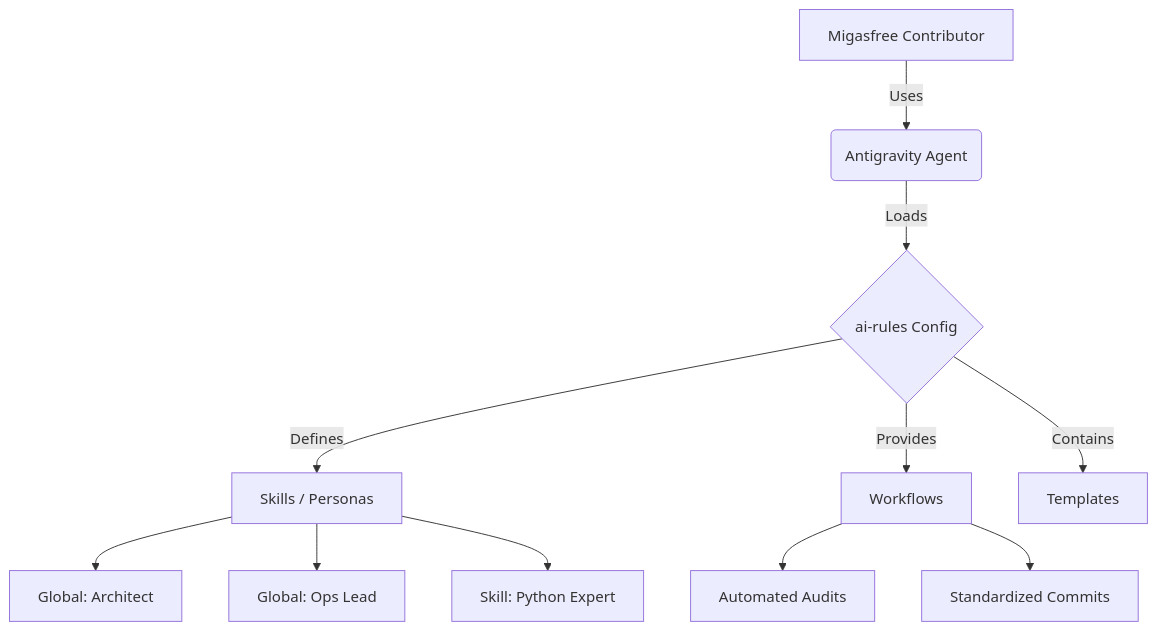
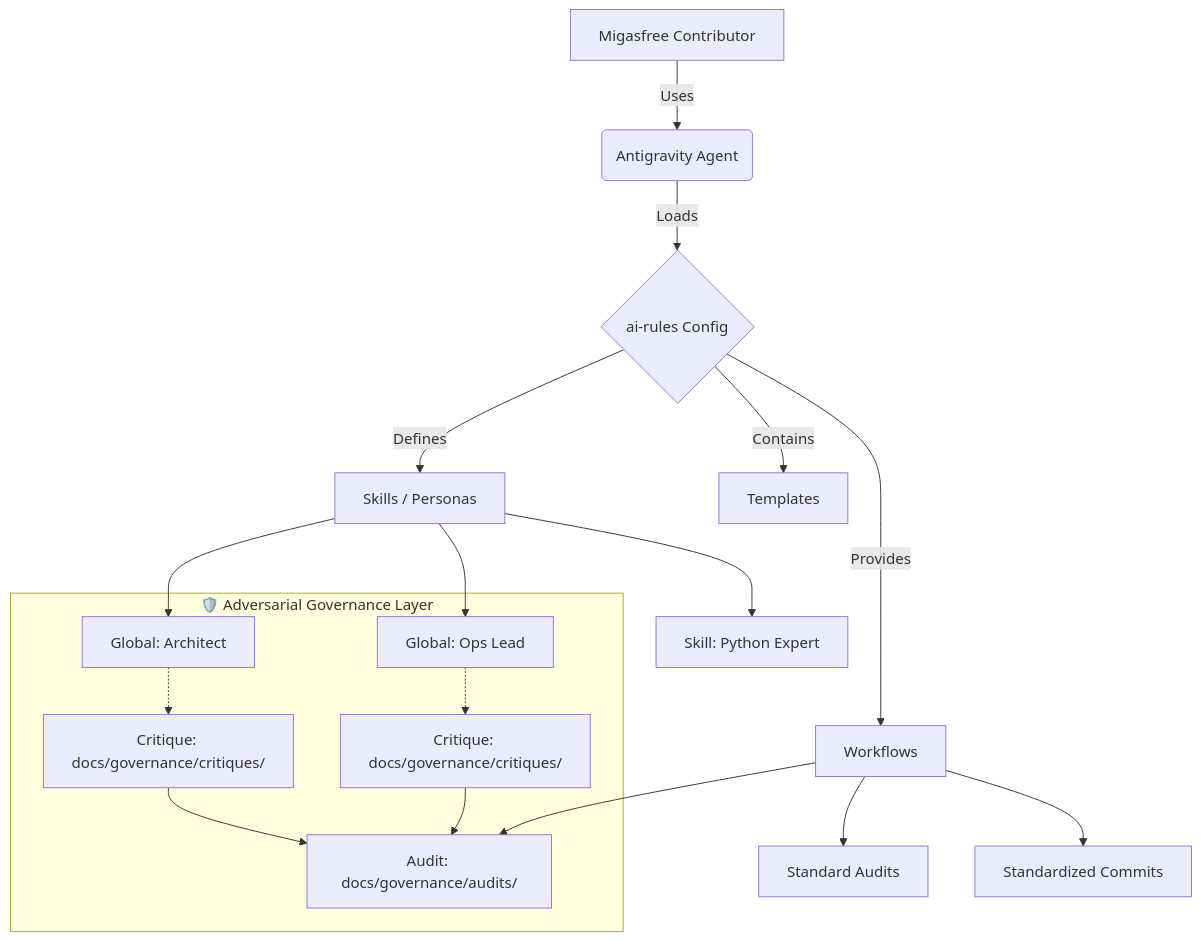
The second of 2 diagrams in README.md (migasfree/ai-rules), drawn with Mermaid before and after one commit. The commit also changed other lines of this file and 45 other files, not shown here.

Commit message:
release: v2.2.0 - synchronized ecosystem update with adversarial governance

````diff
--- a/README.md
+++ b/README.md
@@ -149,15 +172,23 @@
 ```mermaid
 graph TD
     A[Migasfree Contributor] -->|Uses| B(Antigravity Agent)
     B -->|Loads| C{ai-rules Config}
     C -->|Defines| D[Skills / Personas]
     C -->|Provides| E[Workflows]
     C -->|Contains| F[Templates]
     
     D --> G[Global: Architect]
     D --> H[Global: Ops Lead]
     D --> I[Skill: Python Expert]
+
+    subgraph GovernanceLayer ["🛡️ Adversarial Governance Layer"]
+        G -.-> G_Critique["Critique: docs/governance/critiques/"]
+        H -.-> H_Critique["Critique: docs/governance/critiques/"]
+        G_Critique --> Audit["Audit: docs/governance/audits/"]
+        H_Critique --> Audit
+    end
     
-    E --> J[Automated Audits]
+    E --> J[Standard Audits]
+    E --> Audit
     E --> K[Standardized Commits]
 ```
````
